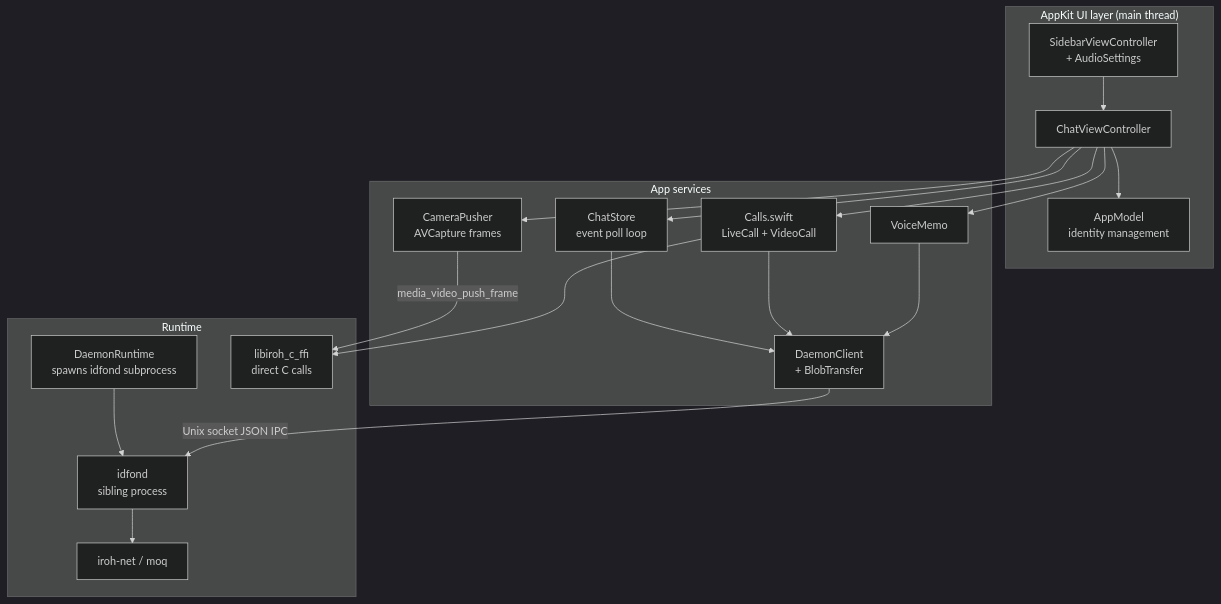
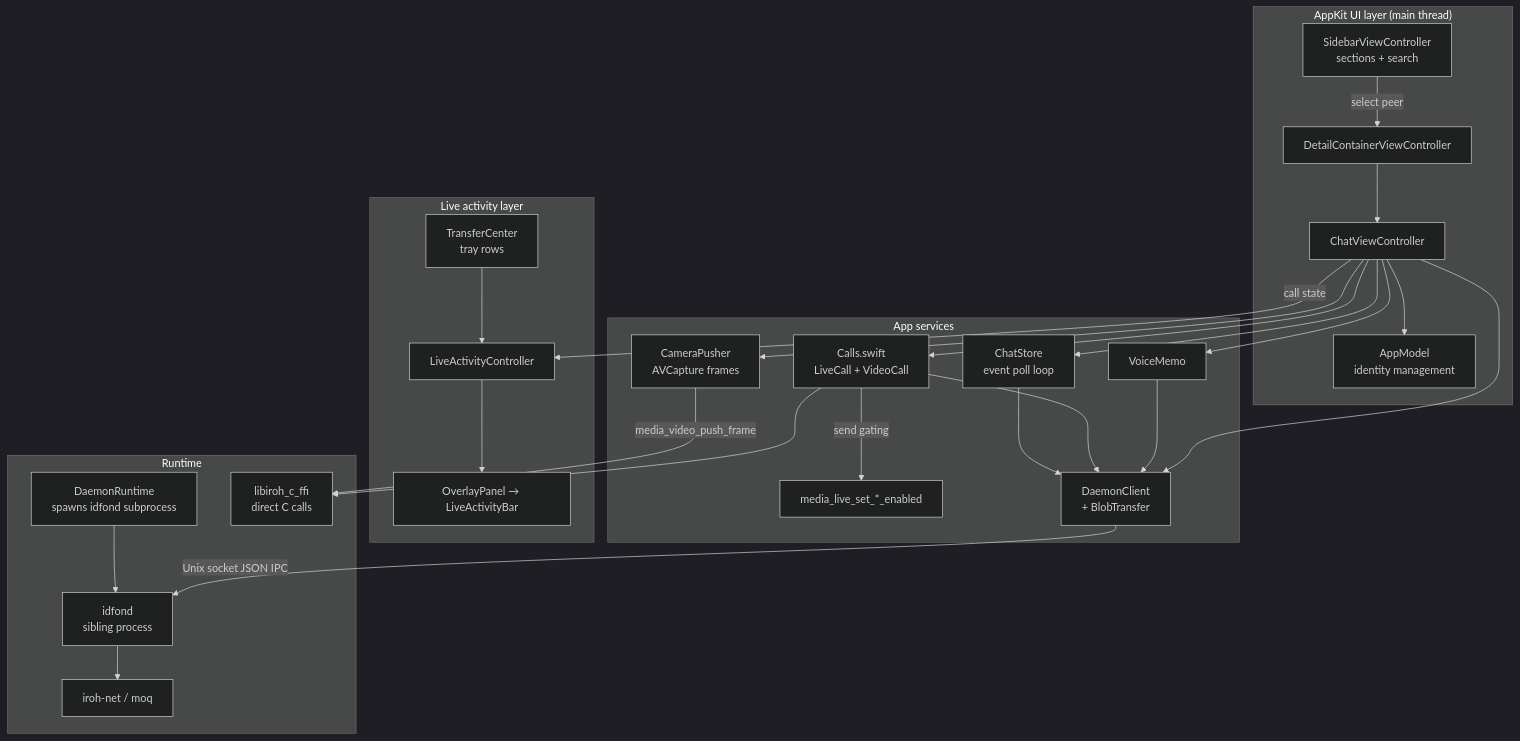
Before and after one commit to donpark/idfon: the diagram in docs/mac-architecture.md, drawn with Mermaid (dark theme). The commit also changed other lines of this file and 1 other file, not shown here.

First line of the commit message:
mac: docs for the overlay Bar, sidebar sections, tray and automation (phase 7)

````diff
--- a/docs/mac-architecture.md
+++ b/docs/mac-architecture.md
@@ -29,21 +37,28 @@
 ```mermaid
 flowchart TD
     subgraph AppKit["AppKit UI layer (main thread)"]
-        SB[SidebarViewController<br/>+ AudioSettings] --> CV[ChatViewController]
+        SB[SidebarViewController<br/>sections + search] -->|select peer| DC[DetailContainerViewController]
+        DC --> CV[ChatViewController]
         CV --> AM[AppModel<br/>identity management]
+    end
+    subgraph Activity["Live activity layer"]
+        CV -->|call state| LAC[LiveActivityController]
+        LAC --> OW[OverlayPanel → LiveActivityBar]
+        TC[TransferCenter<br/>tray rows] --> LAC
     end
     subgraph Services["App services"]
         CV --> CS[ChatStore<br/>event poll loop]
         CV --> CALLS[Calls.swift<br/>LiveCall + VideoCall]
+        CALLS -->|send gating| FFI2[media_live_set_*_enabled]
         CV --> CAMP[CameraPusher<br/>AVCapture frames]
         CV --> WM[VoiceMemo]
-        CS & CALLS & WM --> DC[DaemonClient<br/>+ BlobTransfer]
+        CS & CALLS & WM & CV --> DC2[DaemonClient<br/>+ BlobTransfer]
     end
     subgraph Runtime["Runtime"]
         DR[DaemonRuntime<br/>spawns idfond subprocess] --> D[idfond<br/>sibling process]
-        DC -->|Unix socket JSON IPC| D
+        DC2 -->|Unix socket JSON IPC| D
         CAMP -->|media_video_push_frame| FFI[libiroh_c_ffi<br/>direct C calls]
         CALLS --> FFI
         D --> IROH[iroh-net / moq]
     end
 ```
````
